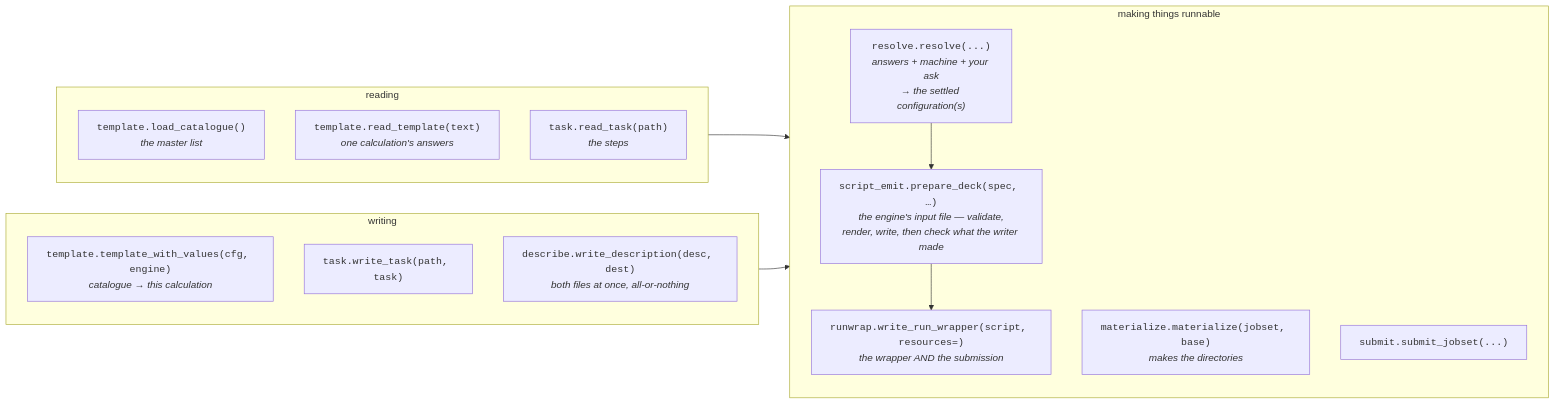
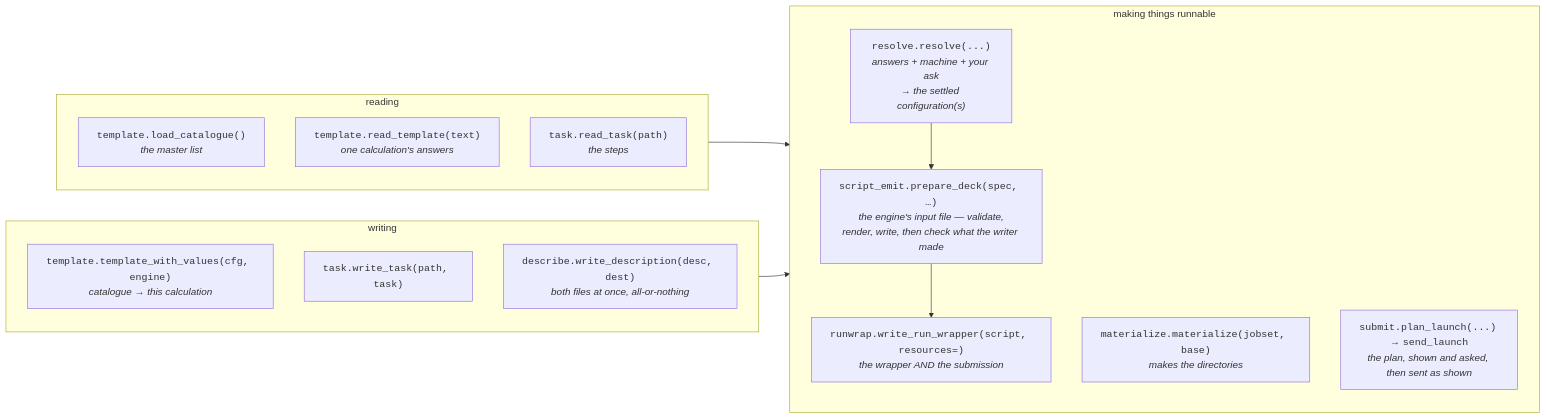
The second of 4 diagrams in docs/workflow.md (Qing-LAB/molbuilder), drawn with Mermaid before and after one commit. The commit also changed 24 other files, not shown here.

````diff
--- a/docs/workflow.md
+++ b/docs/workflow.md
@@ -216,23 +216,23 @@
 ```mermaid
 flowchart LR
     subgraph READ["reading"]
       A["<code>template.load_catalogue()</code><br/><i>the master list</i>"]
       B["<code>template.read_template(text)</code><br/><i>one calculation's answers</i>"]
       C["<code>task.read_task(path)</code><br/><i>the steps</i>"]
     end
     subgraph WRITE["writing"]
       D["<code>template.template_with_values(cfg, engine)</code><br/><i>catalogue → this calculation</i>"]
       E["<code>task.write_task(path, task)</code>"]
       F["<code>describe.write_description(desc, dest)</code><br/><i>both files at once, all-or-nothing</i>"]
     end
     subgraph MAKE["making things runnable"]
       G["<code>resolve.resolve(...)</code><br/><i>answers + machine + your ask<br/>→ the settled configuration(s)</i>"]
       K["<code>script_emit.prepare_deck(spec, …)</code><br/><i>the engine's input file — validate,<br/>render, write, then check what the writer made</i>"]
       H["<code>runwrap.write_run_wrapper(script, resources=)</code><br/><i>the wrapper AND the submission</i>"]
       I["<code>materialize.materialize(jobset, base)</code><br/><i>makes the directories</i>"]
-      J["<code>submit.submit_jobset(...)</code>"]
+      J["<code>submit.plan_launch(...)</code> → <code>send_launch</code><br/><i>the plan, shown and asked, then sent as shown</i>"]
     end
     READ --> MAKE
     WRITE --> MAKE
     G --> K --> H
 ```
````
